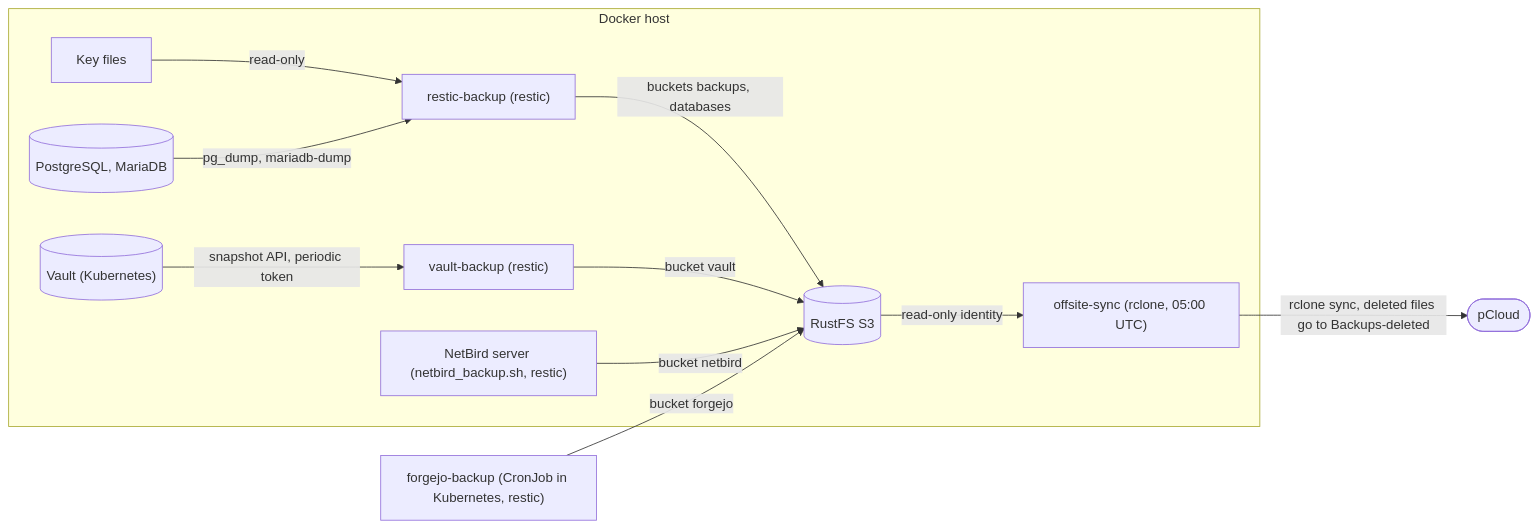
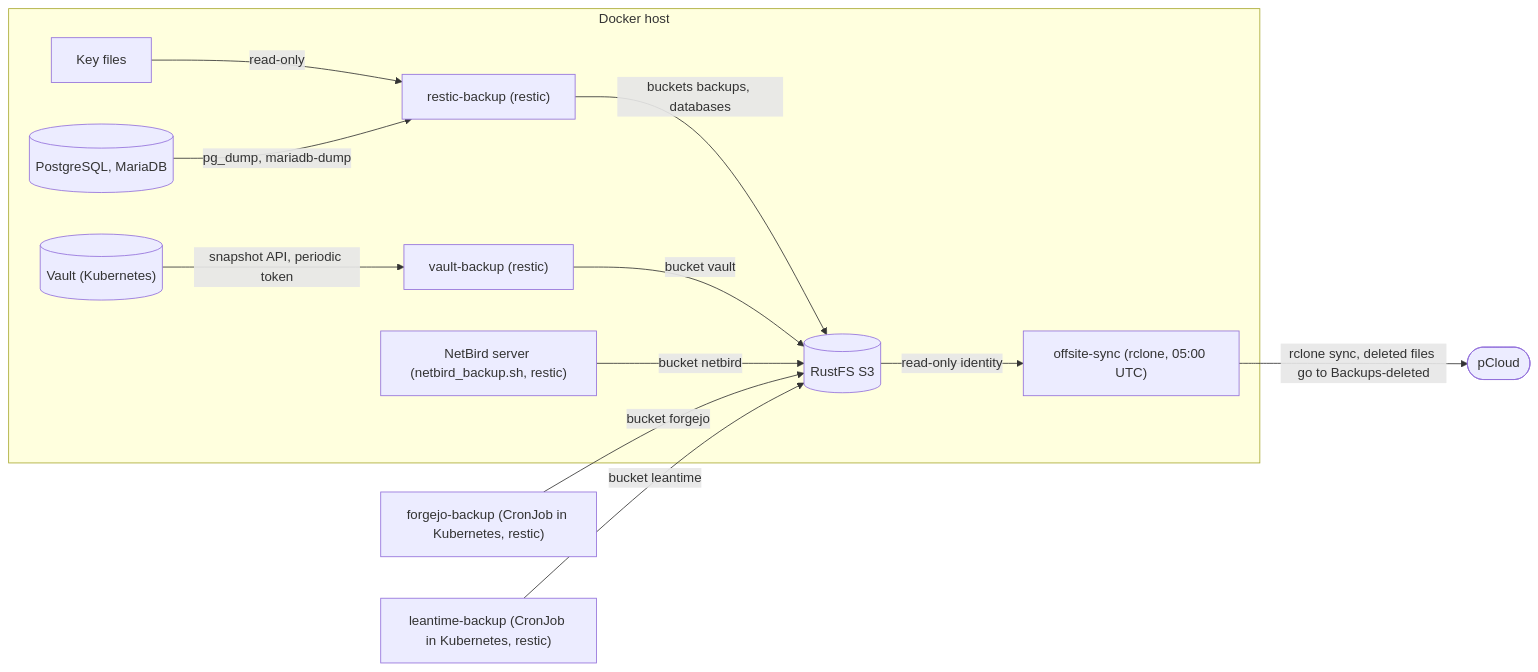
The diagram in README.md (ToXiCCuss/gitops), drawn with Mermaid before and after one commit. The commit also changed other lines of this file and 12 other files, not shown here.

First line of the commit message:
feat(management): back up Leantime with a nightly restic CronJob

````diff
--- a/README.md
+++ b/README.md
@@ -425,15 +425,16 @@
 ```mermaid
 flowchart LR
   vault[("Vault (Kubernetes)")]
   subgraph host["Docker host"]
     vault -->|"snapshot API, periodic token"| vaultbackup["vault-backup (restic)"]
     keys["Key files"] -->|read-only| resticbackup["restic-backup (restic)"]
     pg[("PostgreSQL, MariaDB")] -->|"pg_dump, mariadb-dump"| resticbackup
     resticbackup -->|"buckets backups, databases"| s3[("RustFS S3")]
     vaultbackup -->|bucket vault| s3
     netbird["NetBird server (netbird_backup.sh, restic)"] -->|bucket netbird| s3
     s3 -->|read-only identity| sync["offsite-sync (rclone, 05:00 UTC)"]
   end
   forgejobackup["forgejo-backup (CronJob in Kubernetes, restic)"] -->|bucket forgejo| s3
+  leantimebackup["leantime-backup (CronJob in Kubernetes, restic)"] -->|bucket leantime| s3
   sync -->|"rclone sync, deleted files go to Backups-deleted"| pcloud(["pCloud"])
 ```
````
